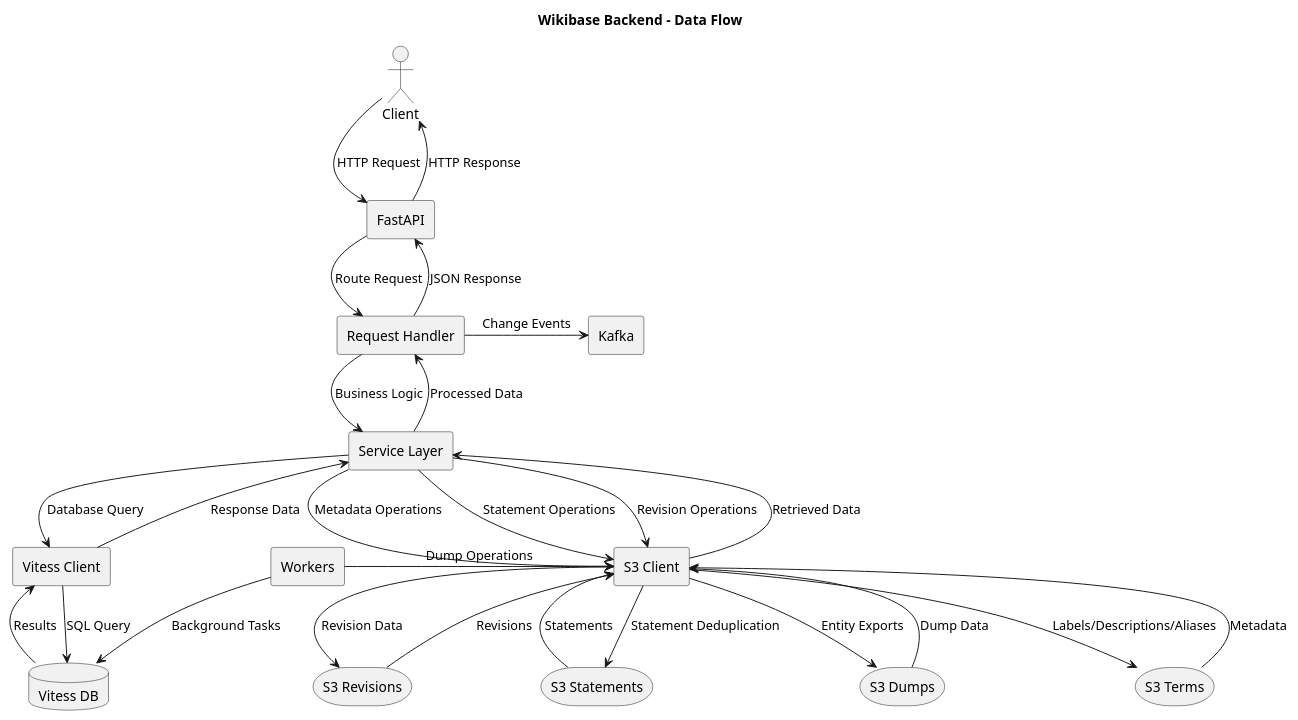
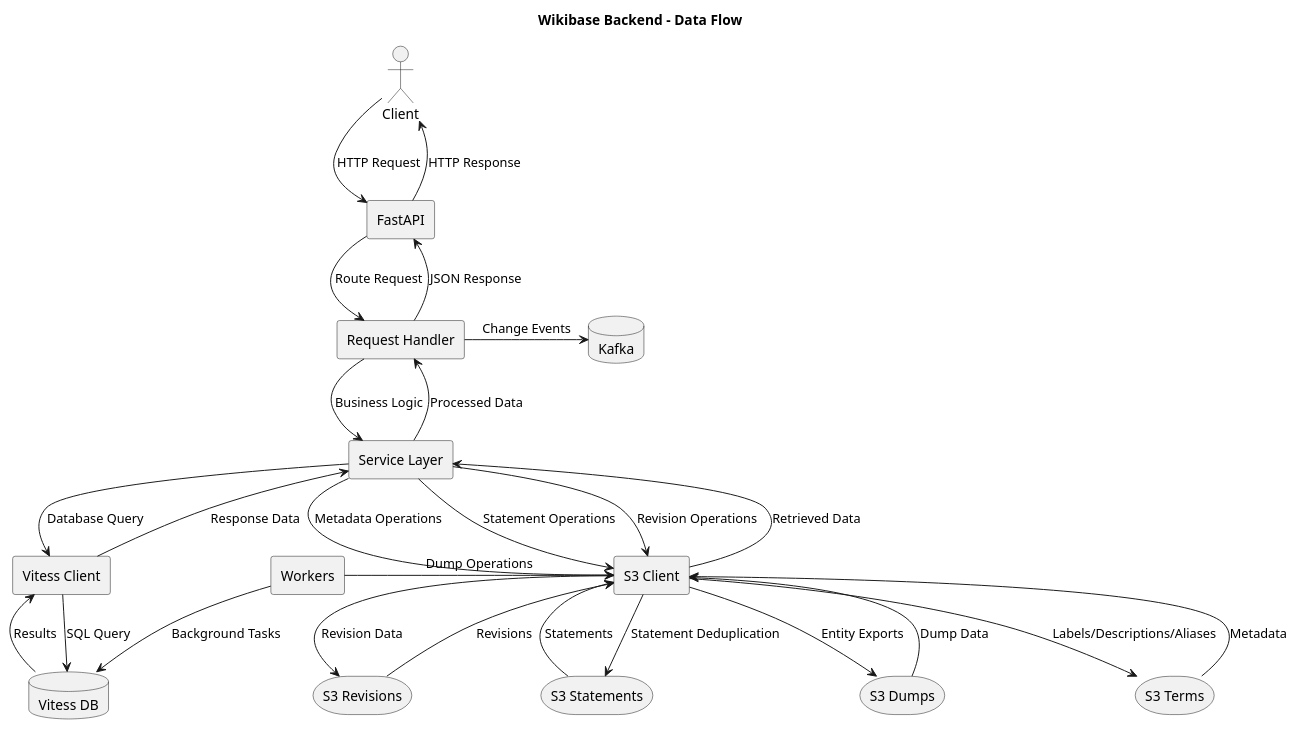
Before and after one commit to dpriskorn/entitybase-backend: the diagram in doc/DIAGRAMS/data_flow.puml, drawn with PlantUML. The commit also changed 14 other files, not shown here.

```diff
--- a/doc/DIAGRAMS/data_flow.puml
+++ b/doc/DIAGRAMS/data_flow.puml
@@ -1,52 +1,52 @@
 @startuml Data Flow
 
 title Wikibase Backend - Data Flow
 
 actor "Client" as Client
 rectangle "FastAPI" as API
 rectangle "Request Handler" as Handler
 rectangle "Service Layer" as Service
 rectangle "Vitess Client" as VitessClient
 database "Vitess DB" as Vitess
 rectangle "S3 Client" as S3Client
 storage "S3 Terms" as S3Terms
 storage "S3 Statements" as S3Statements
 storage "S3 Revisions" as S3Revisions
 storage "S3 Dumps" as S3Dumps
 rectangle "Workers" as Workers
-rectangle "Kafka" as Kafka
+database "Kafka" as Kafka
 
 ' Main request flow
 Client -> API : HTTP Request
 API -> Handler : Route Request
 Handler -> Service : Business Logic
 Service -> VitessClient : Database Query
 VitessClient -> Vitess : SQL Query
 
 ' Background processing
 Handler -> Kafka : Change Events
 Workers -> Vitess : Background Tasks
 
 ' Storage operations
 Service -> S3Client : Metadata Operations
 S3Client -> S3Terms : Labels/Descriptions/Aliases
 Service -> S3Client : Statement Operations
 S3Client -> S3Statements : Statement Deduplication
 Service -> S3Client : Revision Operations
 S3Client -> S3Revisions : Revision Data
 Workers -> S3Client : Dump Operations
 S3Client -> S3Dumps : Entity Exports
 
 ' Response flow
 S3Terms --> S3Client : Metadata
 S3Statements --> S3Client : Statements
 S3Revisions --> S3Client : Revisions
 S3Dumps --> S3Client : Dump Data
 S3Client --> Service : Retrieved Data
 Vitess --> VitessClient : Results
 VitessClient --> Service : Response Data
 Service --> Handler : Processed Data
 Handler --> API : JSON Response
 API --> Client : HTTP Response
 
 @enduml
```
